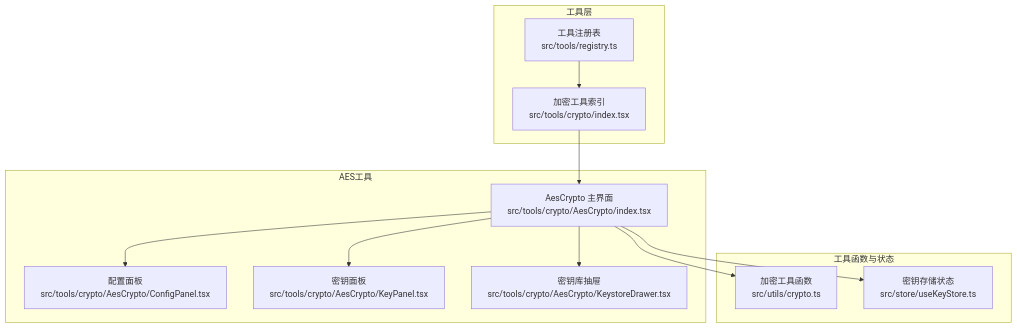
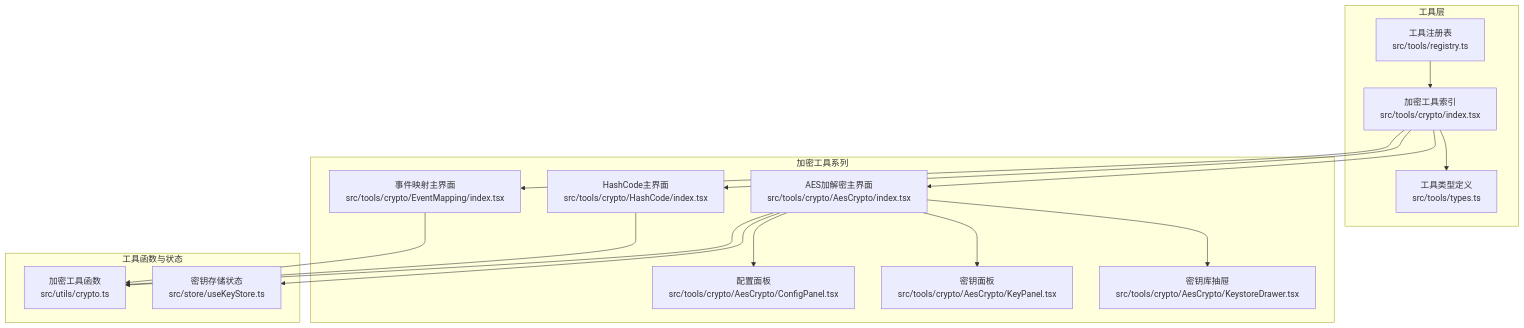
One commit to xkdaq/XKUtil changed the first of 9 diagrams in .qoder/repowiki/zh/content/项目概述/核心功能/加密工具系列/加密工具系列.md. Above: the diagram before and after it, drawn with Mermaid. The commit also changed other lines of this file and 81 other files, not shown here.

````diff
--- a/.qoder/repowiki/zh/content/项目概述/核心功能/加密工具系列/加密工具系列.md
+++ b/.qoder/repowiki/zh/content/项目概述/核心功能/加密工具系列/加密工具系列.md
@@ -42,24 +52,32 @@
 ```mermaid
 graph TB
 subgraph "工具层"
 Registry["工具注册表<br/>src/tools/registry.ts"]
 CryptoIndex["加密工具索引<br/>src/tools/crypto/index.tsx"]
+Types["工具类型定义<br/>src/tools/types.ts"]
 end
-subgraph "AES工具"
-AesMain["AesCrypto 主界面<br/>src/tools/crypto/AesCrypto/index.tsx"]
+subgraph "加密工具系列"
+AesMain["AES加解密主界面<br/>src/tools/crypto/AesCrypto/index.tsx"]
+HashMain["HashCode主界面<br/>src/tools/crypto/HashCode/index.tsx"]
+EventMain["事件映射主界面<br/>src/tools/crypto/EventMapping/index.tsx"]
 ConfigPanel["配置面板<br/>src/tools/crypto/AesCrypto/ConfigPanel.tsx"]
 KeyPanel["密钥面板<br/>src/tools/crypto/AesCrypto/KeyPanel.tsx"]
 KeystoreDrawer["密钥库抽屉<br/>src/tools/crypto/AesCrypto/KeystoreDrawer.tsx"]
 end
 subgraph "工具函数与状态"
 CryptoUtils["加密工具函数<br/>src/utils/crypto.ts"]
 KeyStore["密钥存储状态<br/>src/store/useKeyStore.ts"]
 end
 Registry --> CryptoIndex
+CryptoIndex --> Types
 CryptoIndex --> AesMain
+CryptoIndex --> HashMain
+CryptoIndex --> EventMain
 AesMain --> ConfigPanel
 AesMain --> KeyPanel
 AesMain --> KeystoreDrawer
 AesMain --> CryptoUtils
 AesMain --> KeyStore
+HashMain --> CryptoUtils
+EventMain --> CryptoUtils
 ```
````
